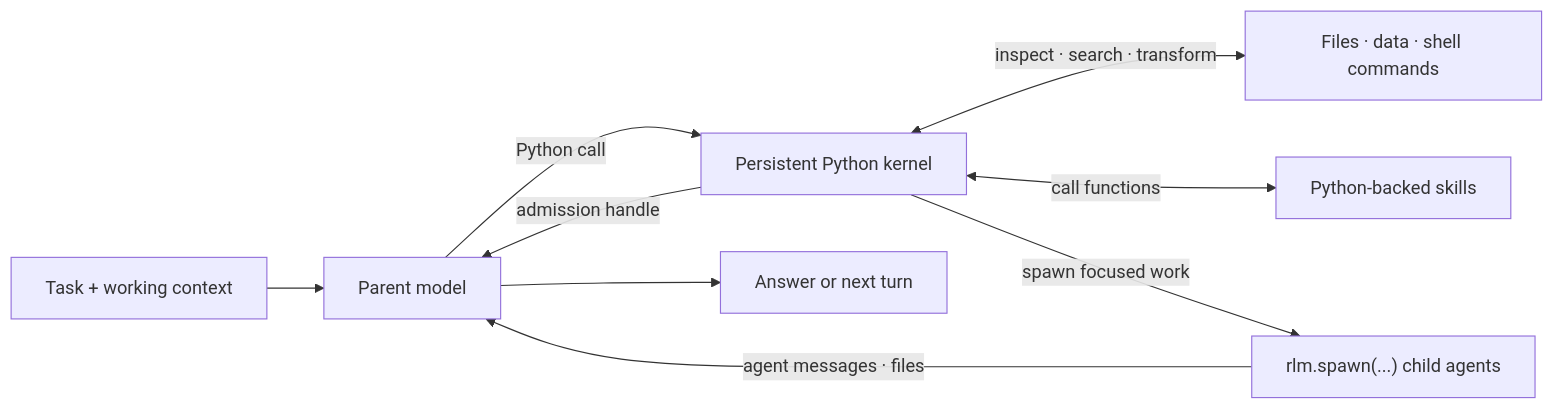
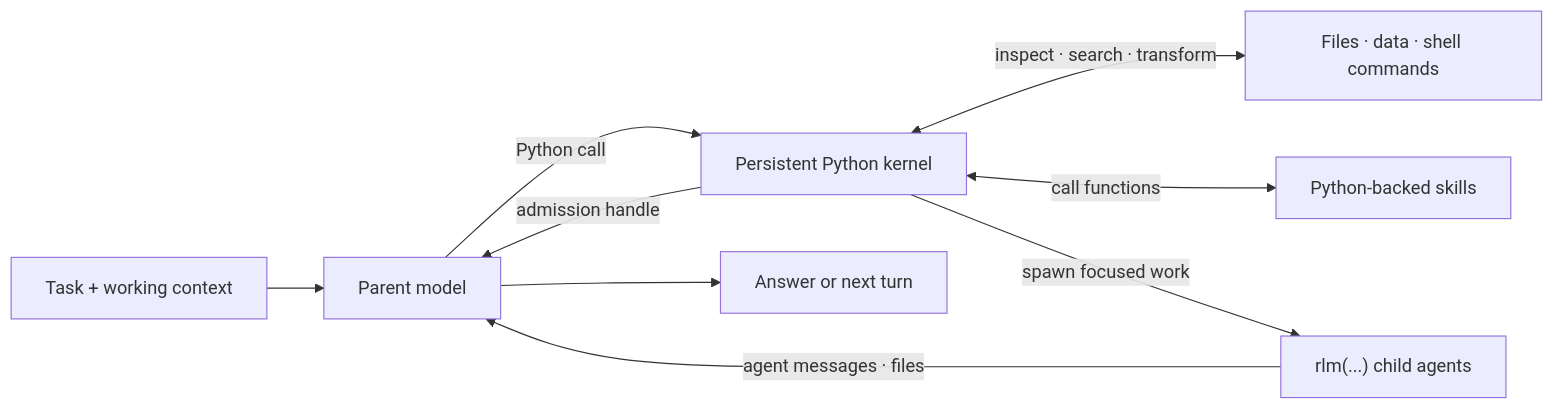
One commit to PrimeIntellect-ai/prime-agent changed the diagram in packages/coding-agent/docs/rlm.md. Above: the diagram before and after it, drawn with Mermaid. The commit also changed other lines of this file and 110 other files, not shown here.

````diff
--- a/packages/coding-agent/docs/rlm.md
+++ b/packages/coding-agent/docs/rlm.md
@@ -7,19 +7,19 @@
 ```mermaid
 flowchart LR
     task["Task + working context"]
     parent["Parent model"]
     kernel["Persistent Python kernel"]
     data["Files · data · shell commands"]
     skills["Python-backed skills"]
-    children["rlm.spawn(...) child agents"]
+    children["rlm(...) child agents"]
     answer["Answer or next turn"]
 
     task --> parent
     parent -->|"Python call"| kernel
     kernel <-->|"inspect · search · transform"| data
     kernel <-->|"call functions"| skills
     kernel -->|"spawn focused work"| children
     children -->|"agent messages · files"| parent
     kernel -->|"admission handle"| parent
     parent --> answer
 ```
````
